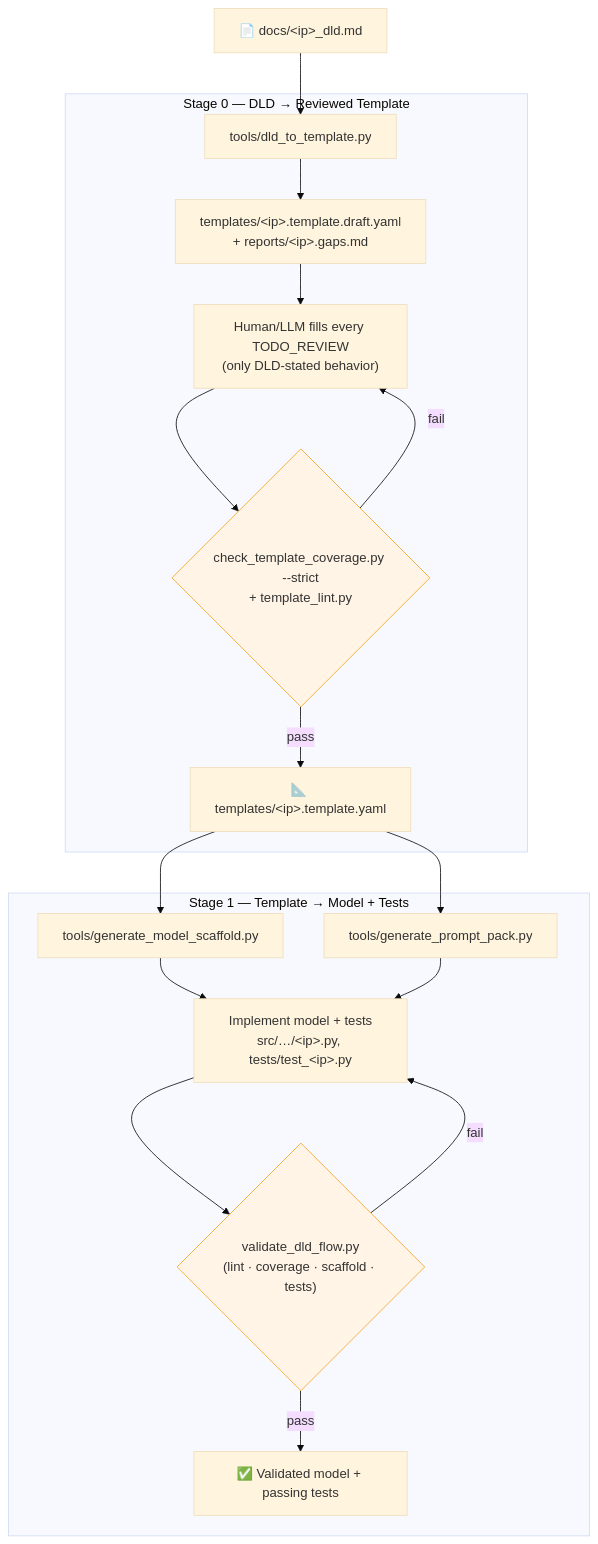
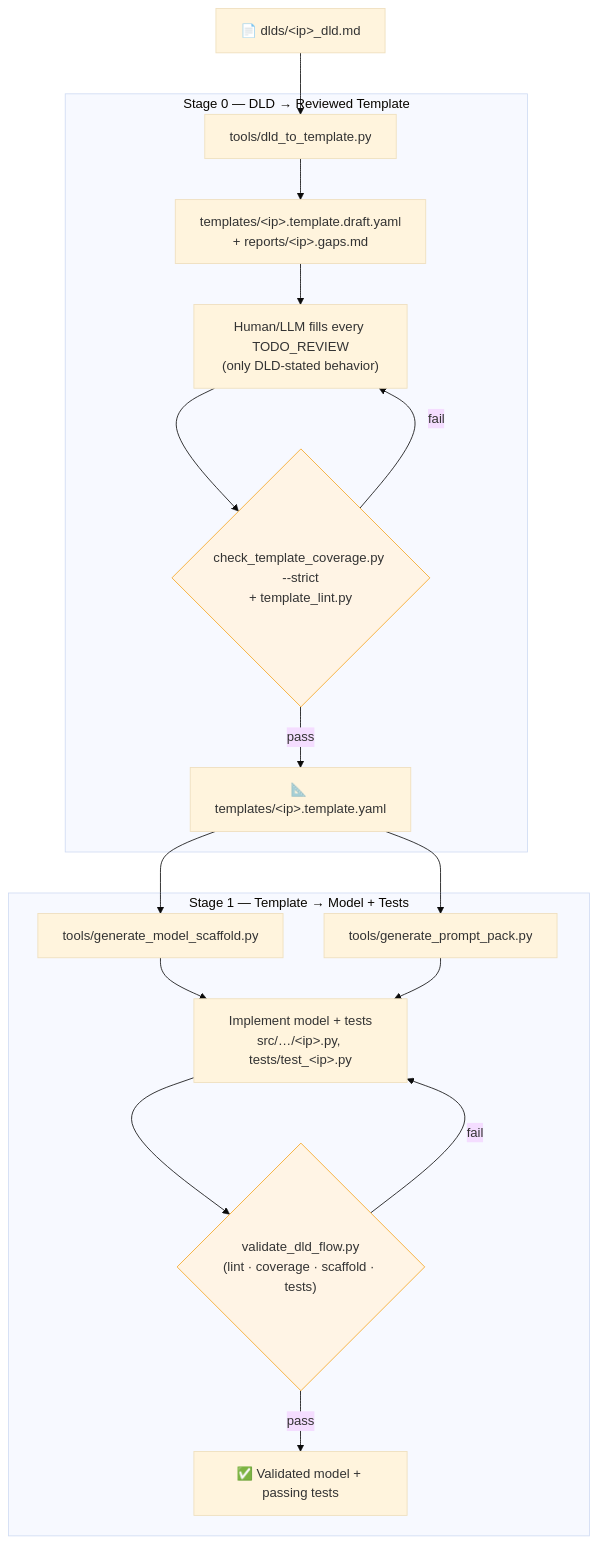
The third of 8 diagrams in docs/pipeline_overview.md (kushkumar16/ip_model_automation), drawn with Mermaid (base theme) before and after one commit. The commit also changed other lines of this file and 21 other files, not shown here.

````diff
--- a/docs/pipeline_overview.md
+++ b/docs/pipeline_overview.md
@@ -72,32 +72,32 @@
 ```mermaid
 flowchart TD
-    DLD["📄 docs/&lt;ip&gt;_dld.md"]
+    DLD["📄 dlds/&lt;ip&gt;_dld.md"]
 
     subgraph S0["Stage 0 — DLD → Reviewed Template"]
         EXTRACT["tools/dld_to_template.py"]
         DRAFT["templates/&lt;ip&gt;.template.draft.yaml<br/>+ reports/&lt;ip&gt;.gaps.md"]
         REVIEW["Human/LLM fills every TODO_REVIEW<br/>(only DLD-stated behavior)"]
         COVGATE{"check_template_coverage.py --strict<br/>+ template_lint.py"}
         TPL["📐 templates/&lt;ip&gt;.template.yaml"]
     end
 
     subgraph S1["Stage 1 — Template → Model + Tests"]
         SCAFFOLD["tools/generate_model_scaffold.py"]
         PACK["tools/generate_prompt_pack.py"]
         IMPL["Implement model + tests<br/>src/…/&lt;ip&gt;.py, tests/test_&lt;ip&gt;.py"]
         VALIDATE{"validate_dld_flow.py<br/>(lint · coverage · scaffold · tests)"}
         DONE["✅ Validated model + passing tests"]
     end
 
     DLD --> EXTRACT --> DRAFT --> REVIEW --> COVGATE
     COVGATE -->|fail| REVIEW
     COVGATE -->|pass| TPL
     TPL --> SCAFFOLD --> IMPL
     TPL --> PACK --> IMPL
     IMPL --> VALIDATE
     VALIDATE -->|fail| IMPL
     VALIDATE -->|pass| DONE
 
     classDef gate fill:#fff4e5,stroke:#f5a623;
     class COVGATE,VALIDATE gate;
 ```
````
